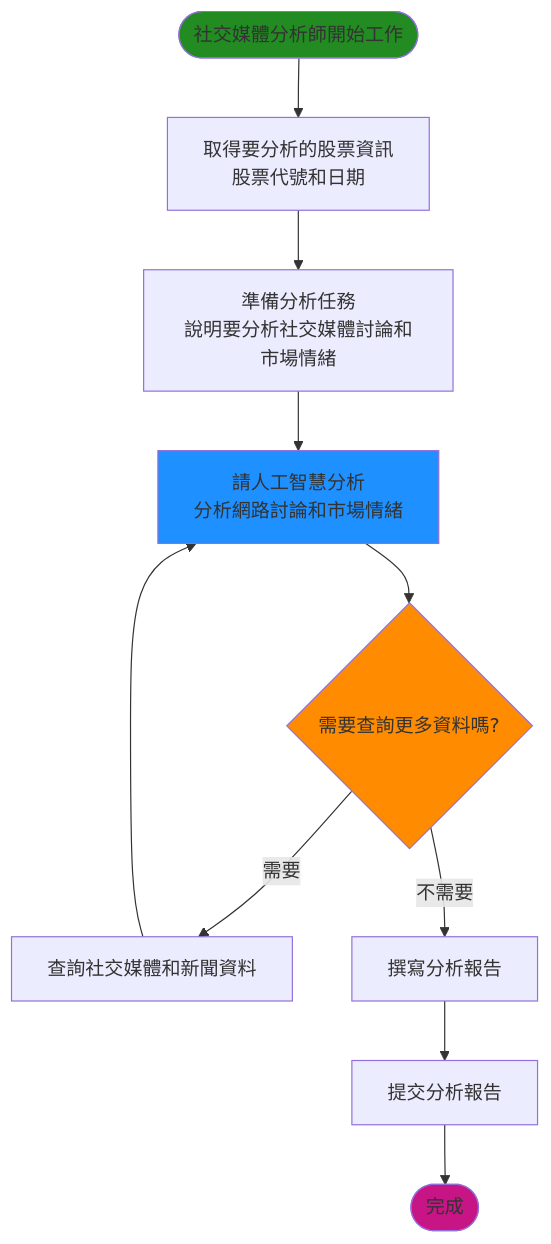
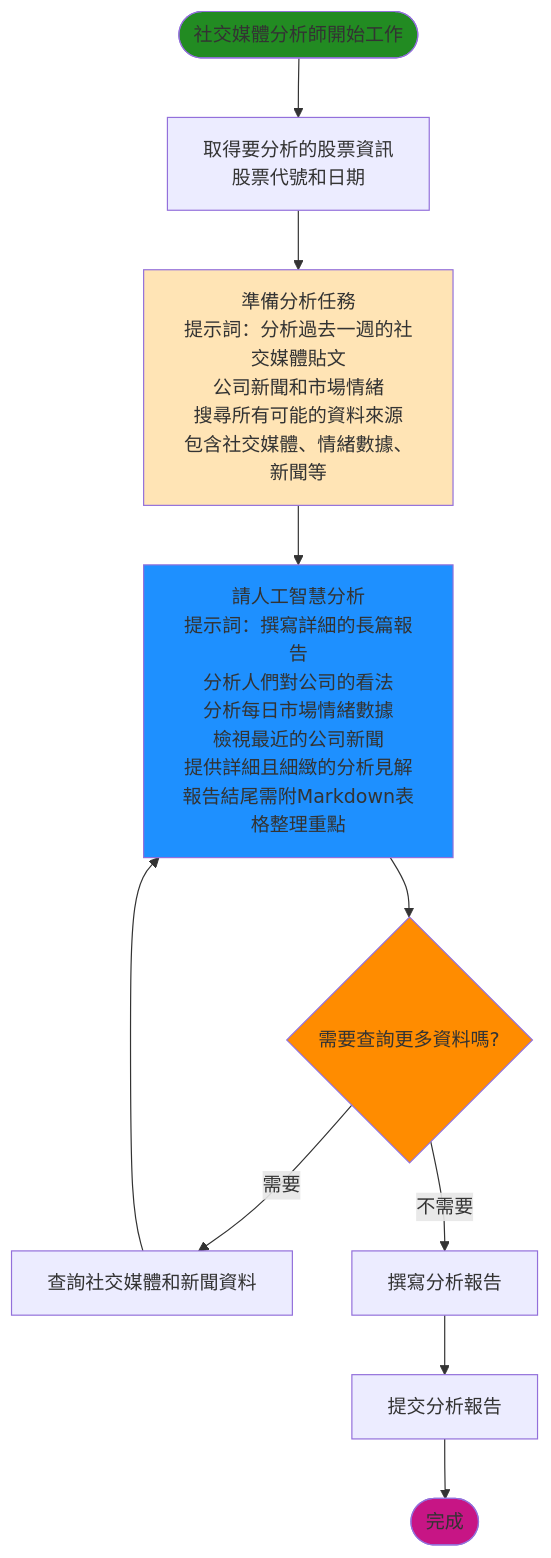
Before and after one commit to chitienshih-wq/Git_Test: the fifth of 9 diagrams in 流程圖_簡化.md, drawn with Mermaid. The commit also changed other lines of this file, not shown here.

````diff
--- a/流程圖_簡化.md
+++ b/流程圖_簡化.md
@@ -124,23 +131,24 @@
 ```mermaid
 flowchart TD
     Start([社交媒體分析師開始工作]) --> GetInfo[取得要分析的股票資訊<br/>股票代號和日期]
     
-    GetInfo --> PrepareTask[準備分析任務<br/>說明要分析社交媒體討論和市場情緒]
+    GetInfo --> PrepareTask[準備分析任務<br/>提示詞：分析過去一週的社交媒體貼文<br/>公司新聞和市場情緒<br/>搜尋所有可能的資料來源<br/>包含社交媒體、情緒數據、新聞等]
     
-    PrepareTask --> AskAI[請人工智慧分析<br/>分析網路討論和市場情緒]
+    PrepareTask --> AskAI[請人工智慧分析<br/>提示詞：撰寫詳細的長篇報告<br/>分析人們對公司的看法<br/>分析每日市場情緒數據<br/>檢視最近的公司新聞<br/>提供詳細且細緻的分析見解<br/>報告結尾需附Markdown表格整理重點]
     
     AskAI --> CheckNeedData{需要查詢更多資料嗎?}
     
     CheckNeedData -->|需要| QueryData[查詢社交媒體和新聞資料]
     CheckNeedData -->|不需要| WriteReport[撰寫分析報告]
     
     QueryData --> AskAI
     
     WriteReport --> Return[提交分析報告]
     Return --> End([完成])
     
     style Start fill:#228B22
     style End fill:#C71585
     style CheckNeedData fill:#FF8C00
     style AskAI fill:#1E90FF
+    style PrepareTask fill:#FFE4B5
 ```
````
